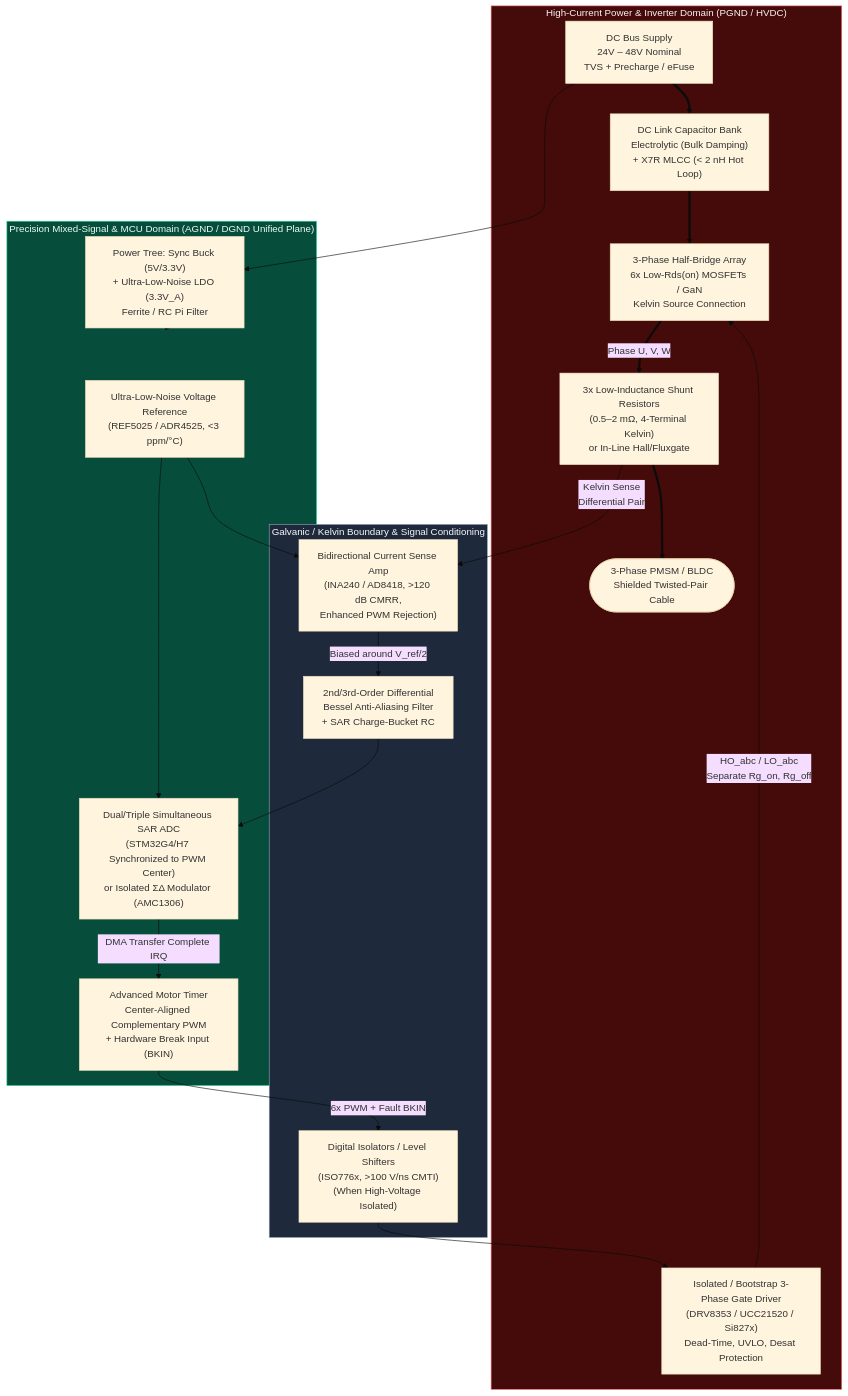
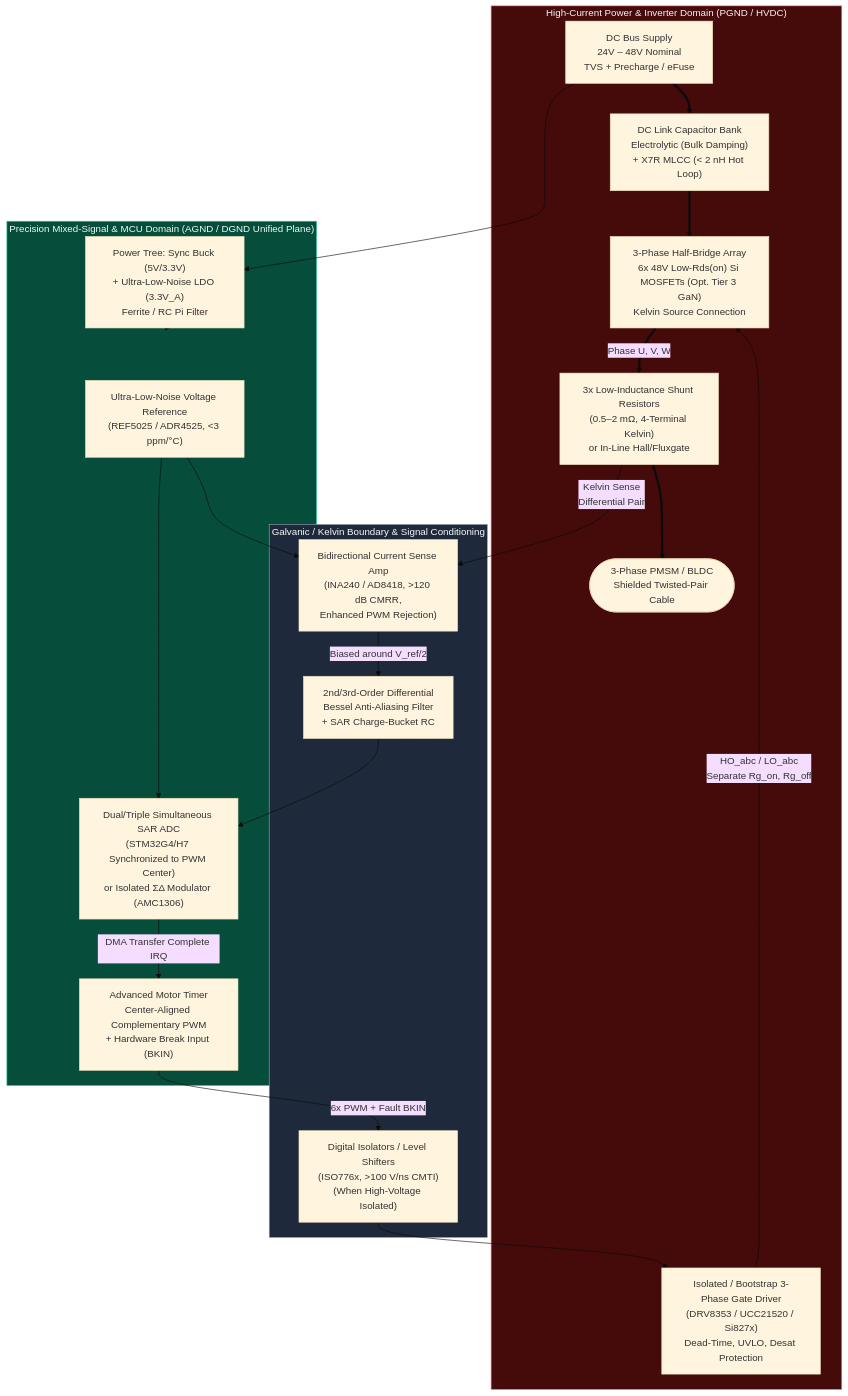
The diagram in 01-electronics-and-power/README.md (TLE47/Mechatronics-Roadmap), drawn with Mermaid (base theme) before and after one commit. The commit also changed other lines of this file and 37 other files, not shown here.

````diff
--- a/01-electronics-and-power/README.md
+++ b/01-electronics-and-power/README.md
@@ -210,47 +210,47 @@
 ```mermaid
 flowchart TB
     subgraph POWER_DOMAIN["High-Current Power & Inverter Domain (PGND / HVDC)"]
         BAT["DC Bus Supply<br/>24V – 48V Nominal<br/>TVS + Precharge / eFuse"]
         BULK["DC Link Capacitor Bank<br/>Electrolytic (Bulk Damping)<br/>+ X7R MLCC (< 2 nH Hot Loop)"]
         GATE["Isolated / Bootstrap 3-Phase Gate Driver<br/>(DRV8353 / UCC21520 / Si827x)<br/>Dead-Time, UVLO, Desat Protection"]
-        INV["3-Phase Half-Bridge Array<br/>6x Low-Rds(on) MOSFETs / GaN<br/>Kelvin Source Connection"]
+        INV["3-Phase Half-Bridge Array<br/>6x 48V Low-Rds(on) Si MOSFETs (Opt. Tier 3 GaN)<br/>Kelvin Source Connection"]
         SHUNT["3x Low-Inductance Shunt Resistors<br/>(0.5–2 mΩ, 4-Terminal Kelvin)<br/>or In-Line Hall/Fluxgate"]
         MOTOR(["3-Phase PMSM / BLDC<br/>Shielded Twisted-Pair Cable"])
 
         BAT ==> BULK
         BULK ==> INV
         GATE -->|HO_abc / LO_abc<br/>Separate Rg_on, Rg_off| INV
         INV ==>|Phase U, V, W| SHUNT
         SHUNT ==> MOTOR
     end
 
     subgraph ISOLATION["Galvanic / Kelvin Boundary & Signal Conditioning"]
         CSA["Bidirectional Current Sense Amp<br/>(INA240 / AD8418, >120 dB CMRR,<br/>Enhanced PWM Rejection)"]
         AAF["2nd/3rd-Order Differential<br/>Bessel Anti-Aliasing Filter<br/>+ SAR Charge-Bucket RC"]
         ISO_DIG["Digital Isolators / Level Shifters<br/>(ISO776x, >100 V/ns CMTI)<br/>(When High-Voltage Isolated)"]
 
         SHUNT -->|Kelvin Sense<br/>Differential Pair| CSA
         CSA -->|Biased around V_ref/2| AAF
     end
 
     subgraph CONTROL_DOMAIN["Precision Mixed-Signal & MCU Domain (AGND / DGND Unified Plane)"]
         REF["Ultra-Low-Noise Voltage Reference<br/>(REF5025 / ADR4525, <3 ppm/°C)"]
         ADC["Dual/Triple Simultaneous SAR ADC<br/>(STM32G4/H7 Synchronized to PWM Center)<br/>or Isolated ΣΔ Modulator (AMC1306)"]
         PWM["Advanced Motor Timer<br/>Center-Aligned Complementary PWM<br/>+ Hardware Break Input (BKIN)"]
         LDO["Power Tree: Sync Buck (5V/3.3V)<br/>+ Ultra-Low-Noise LDO (3.3V_A)<br/>Ferrite / RC Pi Filter"]
 
         REF --> ADC
         REF --> CSA
         AAF --> ADC
         PWM -->|6x PWM + Fault BKIN| ISO_DIG
         ISO_DIG --> GATE
         ADC -->|DMA Transfer Complete IRQ| PWM
     end
 
     BAT --> LDO
     LDO --> CONTROL_DOMAIN
 
     style POWER_DOMAIN fill:#450a0a,stroke:#f87171,color:#fef2f2
     style ISOLATION fill:#1e293b,stroke:#94a3b8,color:#f8fafc
     style CONTROL_DOMAIN fill:#064e3b,stroke:#34d399,color:#ecfdf5
 ```
````
